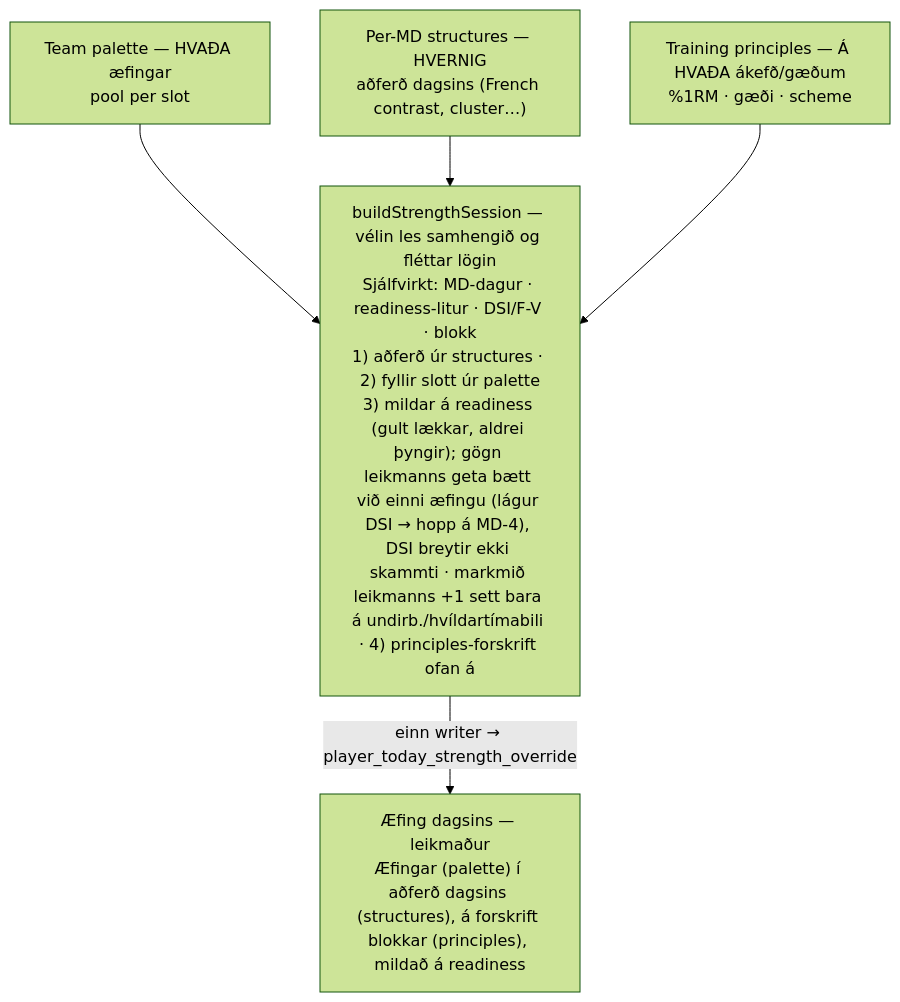
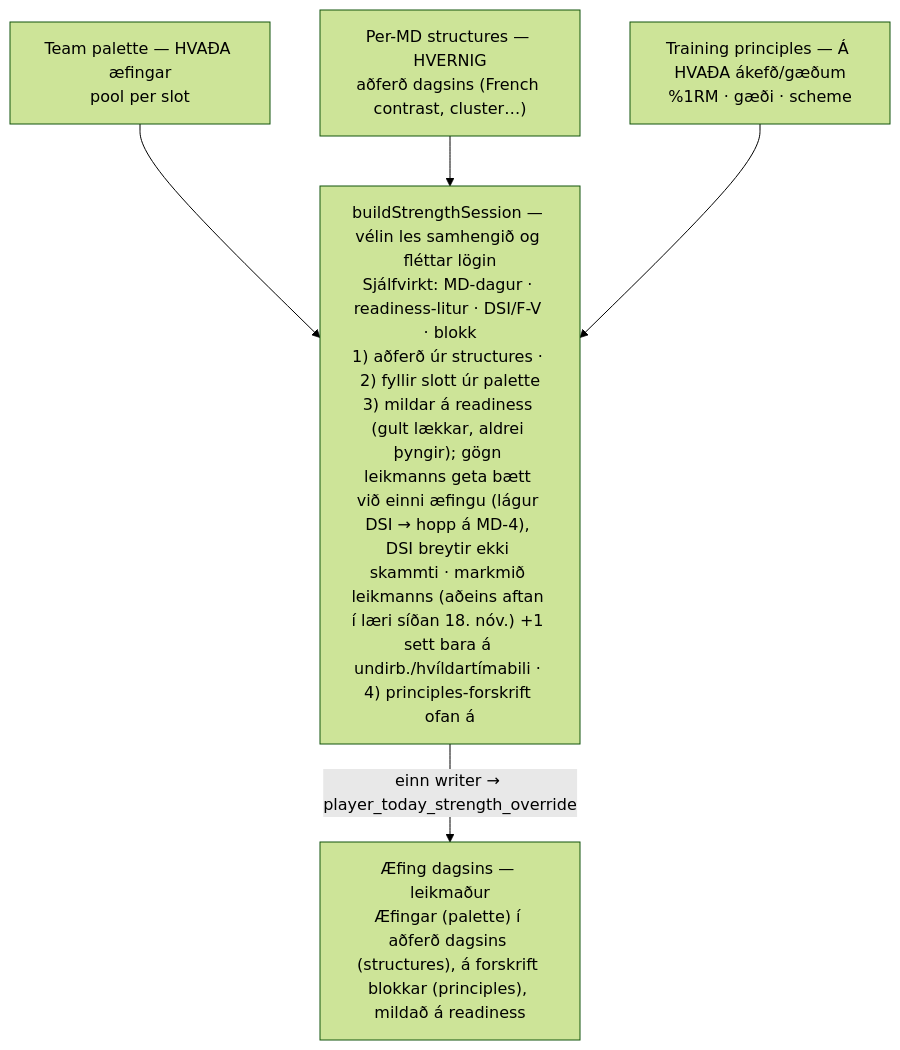
One commit to helgi-ops/breidablik.readiness changed the first of 4 diagrams in docs/strength-delivery-diagrams.md. Above: the diagram before and after it, drawn with Mermaid (forest theme). The commit also changed 14 other files, not shown here.

````diff
--- a/docs/strength-delivery-diagrams.md
+++ b/docs/strength-delivery-diagrams.md
@@ -16,12 +16,12 @@
 ```mermaid
 flowchart TD
   P["Team palette — HVAÐA æfingar<br/>pool per slot"]
   S["Per-MD structures — HVERNIG<br/>aðferð dagsins (French contrast, cluster…)"]
   R["Training principles — Á HVAÐA ákefð/gæðum<br/>%1RM · gæði · scheme"]
-  B["buildStrengthSession — vélin les samhengið og fléttar lögin<br/>Sjálfvirkt: MD-dagur · readiness-litur · DSI/F-V · blokk<br/>1) aðferð úr structures · 2) fyllir slott úr palette<br/>3) mildar á readiness (gult lækkar, aldrei þyngir); gögn leikmanns geta bætt við einni æfingu (lágur DSI → hopp á MD-4), DSI breytir ekki skammti · markmið leikmanns +1 sett bara á undirb./hvíldartímabili · 4) principles-forskrift ofan á"]
+  B["buildStrengthSession — vélin les samhengið og fléttar lögin<br/>Sjálfvirkt: MD-dagur · readiness-litur · DSI/F-V · blokk<br/>1) aðferð úr structures · 2) fyllir slott úr palette<br/>3) mildar á readiness (gult lækkar, aldrei þyngir); gögn leikmanns geta bætt við einni æfingu (lágur DSI → hopp á MD-4), DSI breytir ekki skammti · markmið leikmanns (aðeins aftan í læri síðan 18. nóv.) +1 sett bara á undirb./hvíldartímabili · 4) principles-forskrift ofan á"]
   O["Æfing dagsins — leikmaður<br/>Æfingar (palette) í aðferð dagsins (structures), á forskrift blokkar (principles), mildað á readiness"]
   P --> B
   S --> B
   R --> B
   B -->|"einn writer → player_today_strength_override"| O
 ```
````
